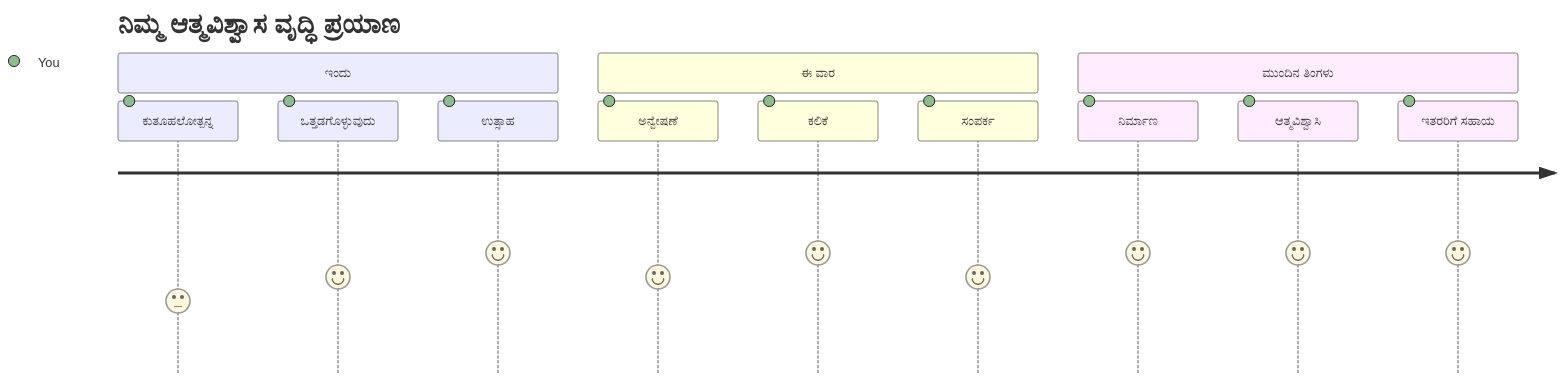
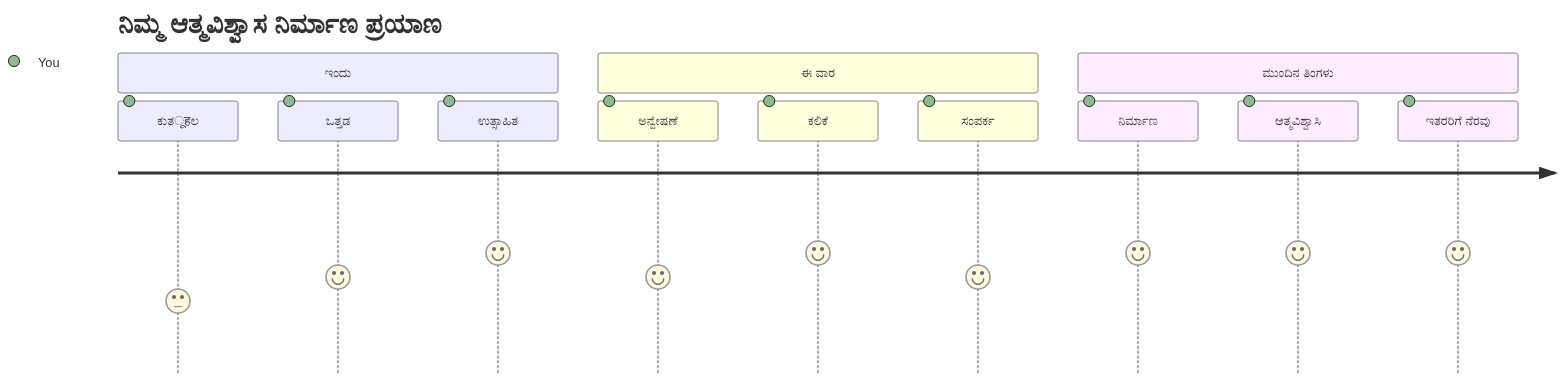
The seventh of 7 diagrams in translations/kn/1-getting-started-lessons/1-intro-to-programming-languages/README.md (microsoft/Web-Dev-For-Beginners), drawn with Mermaid before and after one commit. The commit also changed other lines of this file and 8 other files, not shown here.

````diff
--- a/translations/kn/1-getting-started-lessons/1-intro-to-programming-languages/README.md
+++ b/translations/kn/1-getting-started-lessons/1-intro-to-programming-languages/README.md
@@ -829,16 +829,16 @@
 ```mermaid
 journey
-    title ನಿಮ್ಮ ಆತ್ಮವಿಶ್ವಾಸ ವೃದ್ಧಿ ಪ್ರಯಾಣ
+    title ನಿಮ್ಮ ಆತ್ಮವಿಶ್ವಾಸ ನಿರ್ಮಾಣ ಪ್ರಯಾಣ
     section ಇಂದು
-      ಕುತೂಹಲೋತ್ಪನ್ನ: 3: You
-      ಒತ್ತಡಗೊಳ್ಳುವುದು: 4: You
-      ಉತ್ಸಾಹ: 5: You
+      ಕುತूहಲ: 3: You
+      ಒತ್ತಡ: 4: You
+      ಉತ್ಸಾಹಿತ: 5: You
     section ಈ ವಾರ
       ಅನ್ವೇಷಣೆ: 4: You
       ಕಲಿಕೆ: 5: You
       ಸಂಪರ್ಕ: 4: You
     section ಮುಂದಿನ ತಿಂಗಳು
       ನಿರ್ಮಾಣ: 5: You
       ಆತ್ಮವಿಶ್ವಾಸಿ: 5: You
-      ಇತರರಿಗೆ ಸಹಾಯ: 5: You
+      ಇತರರಿಗೆ ನೆರವು: 5: You
 ```
````
